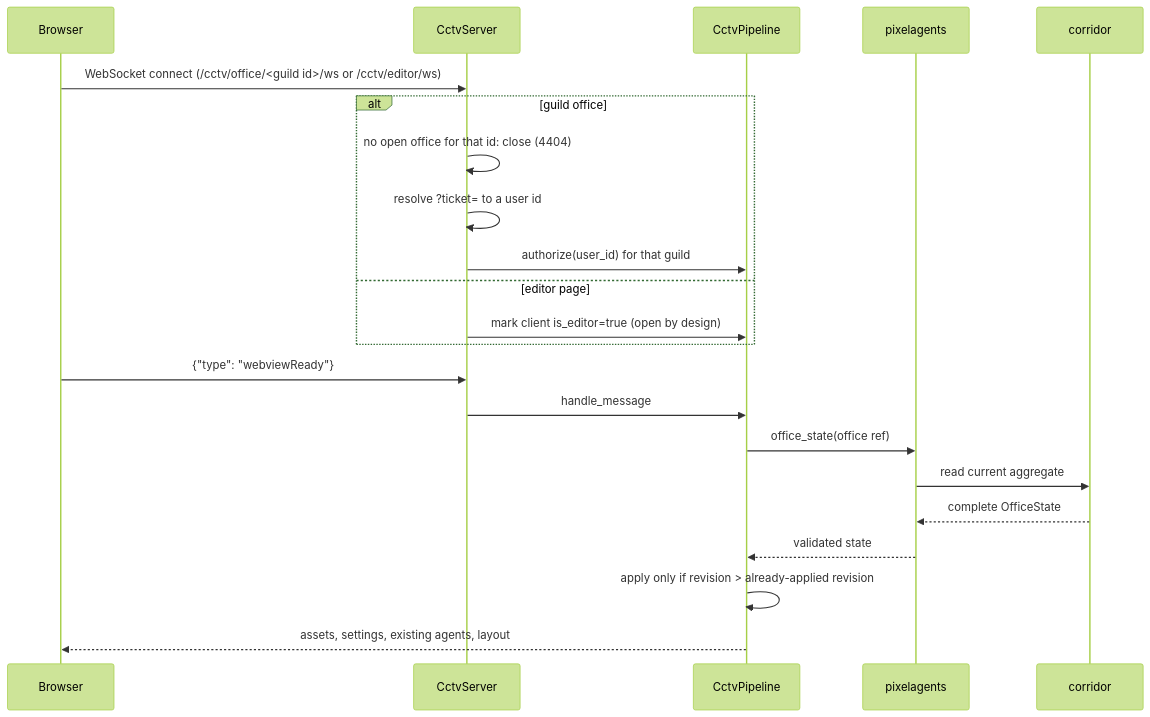
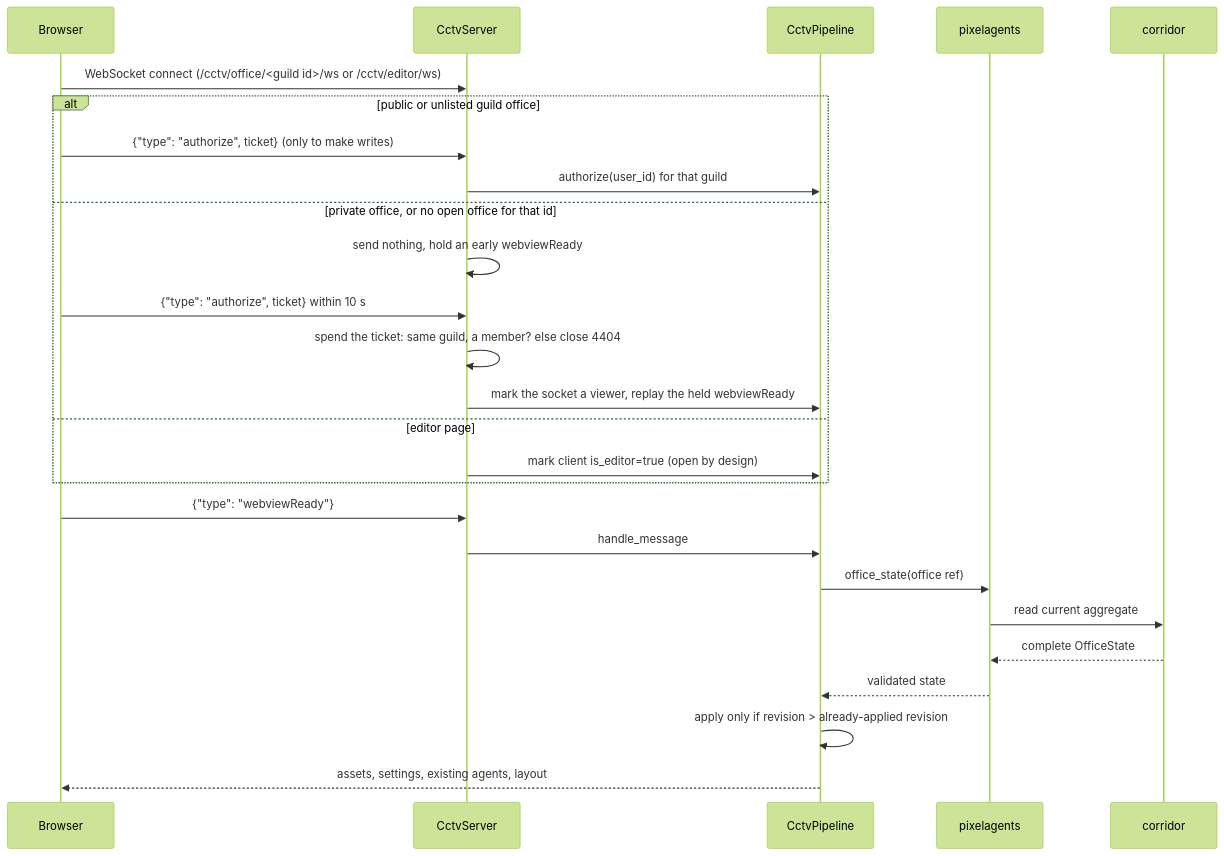
Before and after one commit to pixel-agents-hq/pixel-agents-cogs: the second of 6 diagrams in docs/cctv-design.md, drawn with Mermaid (forest theme). The commit also changed other lines of this file and 24 other files, not shown here.

First line of the commit message:
feat(cctv): private server offices, viewable only by signed-in members (#108)

````diff
--- a/docs/cctv-design.md
+++ b/docs/cctv-design.md
@@ -348,25 +400,29 @@
 ```mermaid
 sequenceDiagram
     participant B as Browser
     participant S as CctvServer
     participant Pi as CctvPipeline
     participant PA as pixelagents
     participant Co as corridor
 
     B->>S: WebSocket connect (/cctv/office/<guild id>/ws or /cctv/editor/ws)
-    alt guild office
-        S->>S: no open office for that id: close (4404)
-        S->>S: resolve ?ticket= to a user id
+    alt public or unlisted guild office
+        B->>S: {"type": "authorize", ticket} (only to make writes)
         S->>Pi: authorize(user_id) for that guild
+    else private office, or no open office for that id
+        S->>S: send nothing, hold an early webviewReady
+        B->>S: {"type": "authorize", ticket} within 10 s
+        S->>S: spend the ticket: same guild, a member? else close 4404
+        S->>Pi: mark the socket a viewer, replay the held webviewReady
     else editor page
         S->>Pi: mark client is_editor=true (open by design)
     end
     B->>S: {"type": "webviewReady"}
     S->>Pi: handle_message
     Pi->>PA: office_state(office ref)
     PA->>Co: read current aggregate
     Co-->>PA: complete OfficeState
     PA-->>Pi: validated state
     Pi->>Pi: apply only if revision > already-applied revision
     Pi-->>B: assets, settings, existing agents, layout
 ```
````
